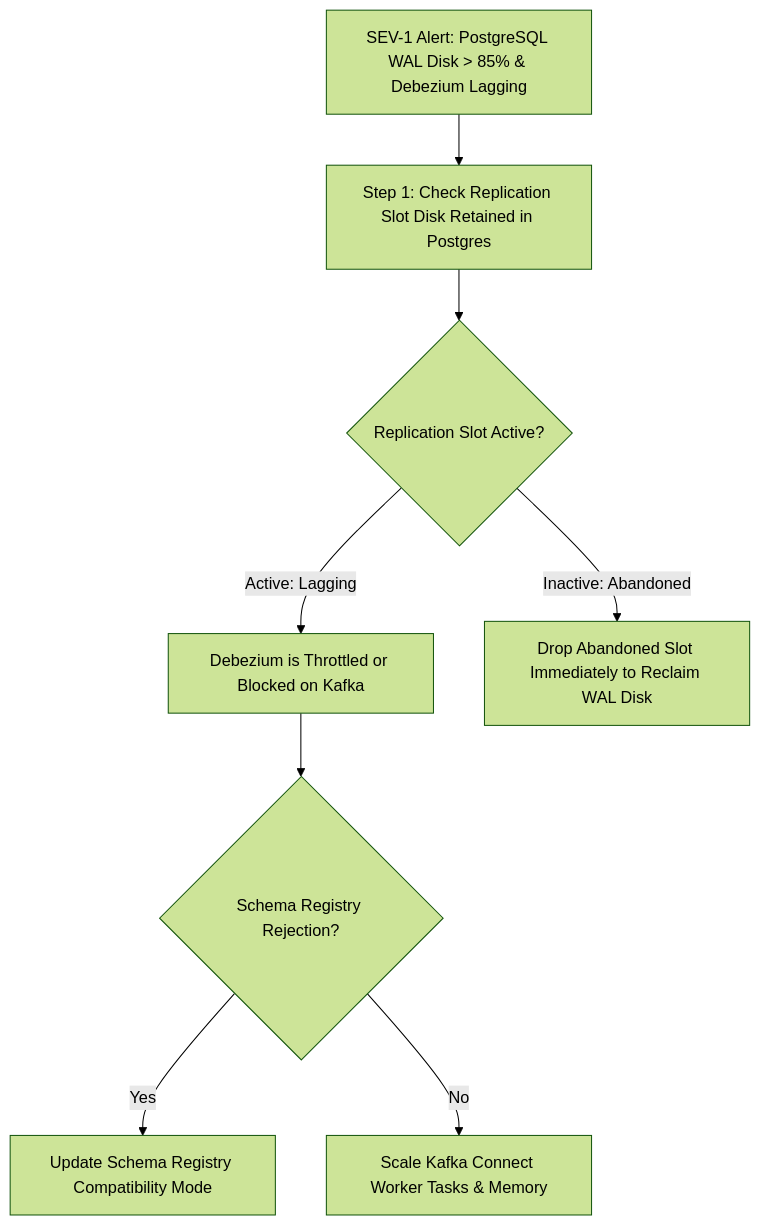
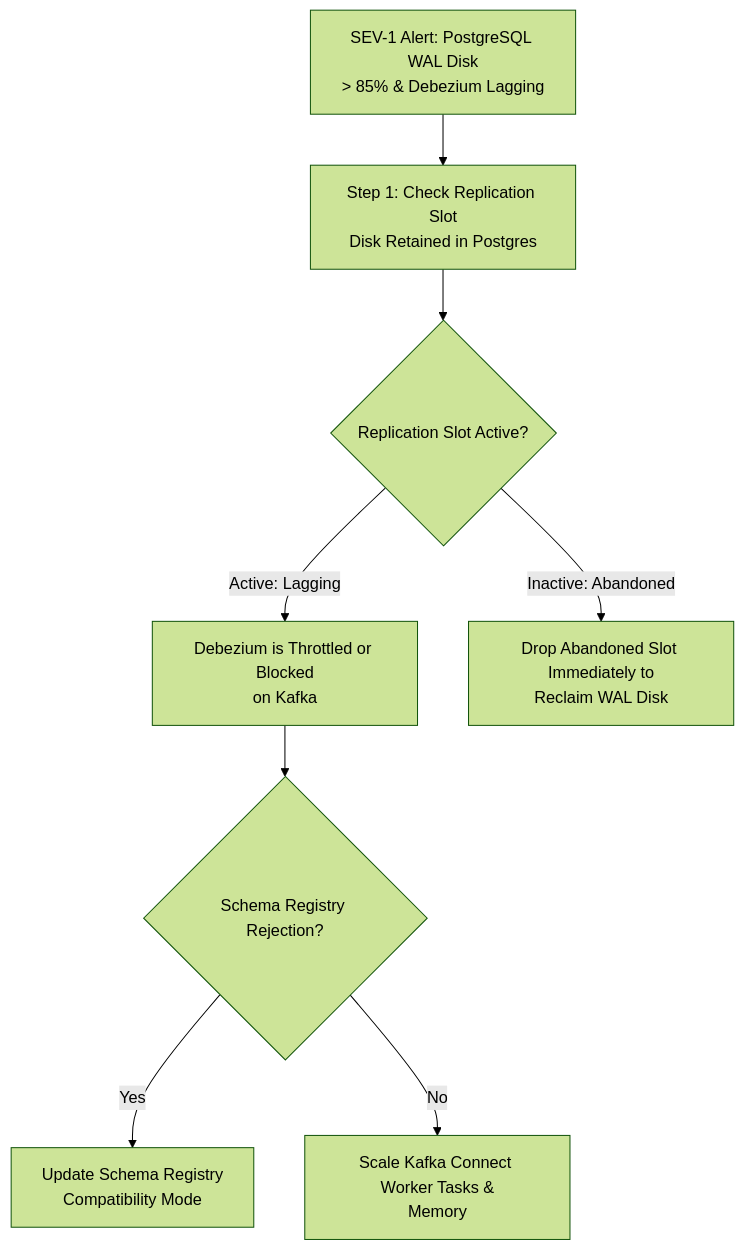
Before and after one commit to santoshjammi29/streaming-handbook: the diagram in runbooks/03_cdc_schema_drift_and_wal_exhaustion.md, drawn with Mermaid (forest theme). The commit also changed 11 other files, not shown here.

Commit message:
fix(diagrams): word-wrap labels and escape comparison operators across all diagrams

````diff
--- a/runbooks/03_cdc_schema_drift_and_wal_exhaustion.md
+++ b/runbooks/03_cdc_schema_drift_and_wal_exhaustion.md
@@ -12,12 +12,12 @@
 ```mermaid
 flowchart TD
-    Alert["SEV-1 Alert: PostgreSQL WAL Disk > 85% & Debezium Lagging"] --> CheckDisk["Step 1: Check Replication Slot Disk Retained in Postgres"]
+    Alert["SEV-1 Alert: PostgreSQL WAL Disk<br/>&gt; 85% & Debezium Lagging"] --> CheckDisk["Step 1: Check Replication Slot<br/>Disk Retained in Postgres"]
     CheckDisk --> SlotState{"Replication Slot Active?"}
 
-    SlotState -->|"Active: Lagging"| ThrottleCheck["Debezium is Throttled or Blocked on Kafka"]
-    SlotState -->|"Inactive: Abandoned"| DropSlot["Drop Abandoned Slot Immediately to Reclaim WAL Disk"]
+    SlotState -->|"Active: Lagging"| ThrottleCheck["Debezium is Throttled or Blocked<br/>on Kafka"]
+    SlotState -->|"Inactive: Abandoned"| DropSlot["Drop Abandoned Slot Immediately to<br/>Reclaim WAL Disk"]
 
     ThrottleCheck --> SchemaCheck{"Schema Registry Rejection?"}
-    SchemaCheck -->|Yes| FixSchema["Update Schema Registry Compatibility Mode"]
-    SchemaCheck -->|No| ScaleConnect["Scale Kafka Connect Worker Tasks & Memory"]
+    SchemaCheck -->|Yes| FixSchema["Update Schema Registry<br/>Compatibility Mode"]
+    SchemaCheck -->|No| ScaleConnect["Scale Kafka Connect Worker Tasks &<br/>Memory"]
 ```
````
